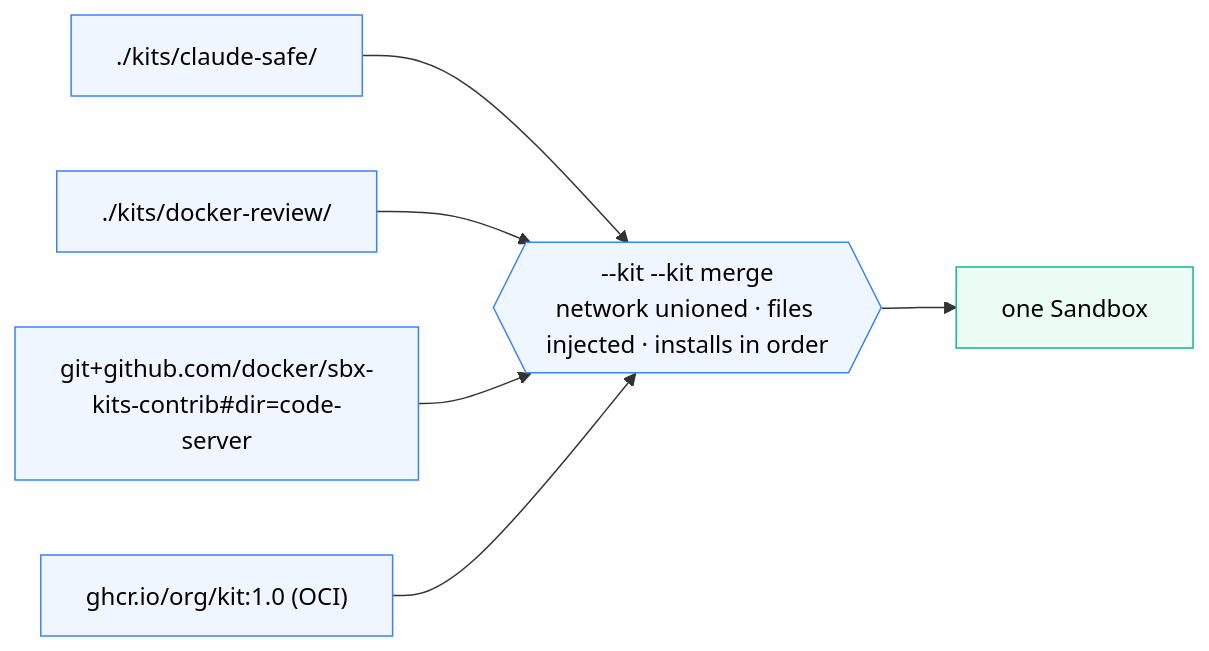
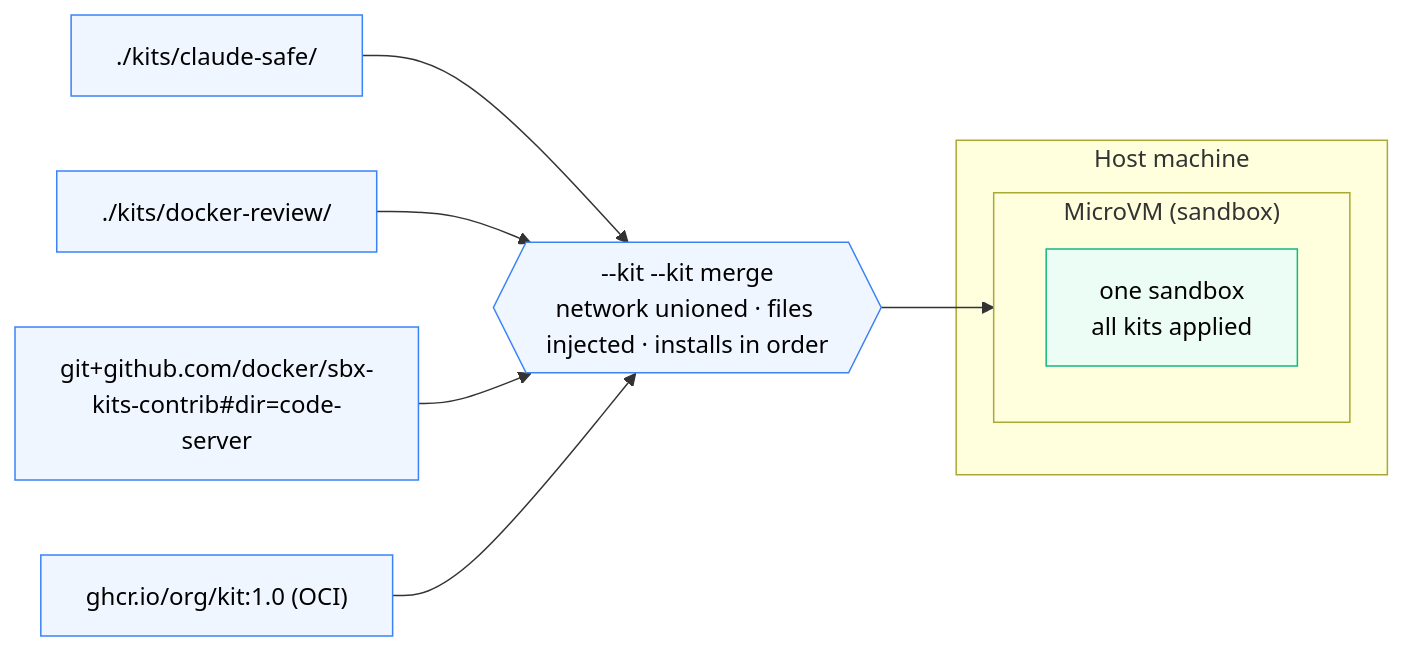
One commit to ajeetraina/labspace-docker-ai-governance changed the diagram in labspace/kits/05-stacking-and-community.md. Above: the diagram before and after it, drawn with Mermaid. The commit also changed 6 other files, not shown here.

First line of the commit message:
Frame kit diagrams with Host machine + MicroVM for visual uniformity

````diff
--- a/labspace/kits/05-stacking-and-community.md
+++ b/labspace/kits/05-stacking-and-community.md
@@ -3,14 +3,19 @@
 ```mermaid
 flowchart LR
     K1["./kits/claude-safe/"] --> MERGE
     K2["./kits/docker-review/"] --> MERGE
     K3["git+github.com/docker/sbx-kits-contrib#dir=code-server"] --> MERGE
     K4["ghcr.io/org/kit:1.0 (OCI)"] --> MERGE
     MERGE{{"--kit --kit merge<br/>network unioned · files injected · installs in order"}}
-    MERGE --> VM["one Sandbox"]
+    subgraph HOST["Host machine"]
+        subgraph VM["MicroVM (sandbox)"]
+            S["one sandbox<br/>all kits applied"]
+        end
+    end
+    MERGE --> VM
 
     classDef kit fill:#eff6ff,stroke:#3b82f6,color:#000
     classDef vm fill:#ecfdf5,stroke:#10b981,color:#000
     class K1,K2,K3,K4,MERGE kit
-    class VM vm
+    class S vm
 ```
````
